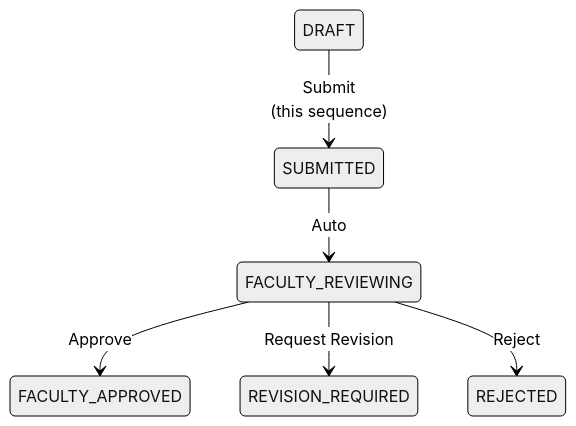
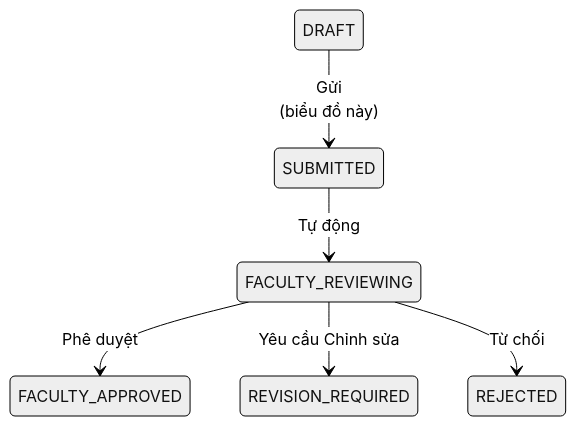
Before and after one commit to Ng0cTh4nhk5/ufpms-docs: the second of 2 diagrams in docs/06_Diagrams/Sequence/seq_submit_for_review.md, drawn with Mermaid (neutral theme). The commit also changed other lines of this file and 70 other files, not shown here.

````diff
--- a/docs/06_Diagrams/Sequence/seq_submit_for_review.md
+++ b/docs/06_Diagrams/Sequence/seq_submit_for_review.md
@@ -304,8 +304,8 @@
 ```mermaid
 stateDiagram-v2
-    DRAFT --> SUBMITTED: Submit<br/>(this sequence)
-    SUBMITTED --> FACULTY_REVIEWING: Auto
-    FACULTY_REVIEWING --> FACULTY_APPROVED: Approve
-    FACULTY_REVIEWING --> REVISION_REQUIRED: Request Revision
-    FACULTY_REVIEWING --> REJECTED: Reject
+    DRAFT --> SUBMITTED: Gửi<br/>(biểu đồ này)
+    SUBMITTED --> FACULTY_REVIEWING: Tự động
+    FACULTY_REVIEWING --> FACULTY_APPROVED: Phê duyệt
+    FACULTY_REVIEWING --> REVISION_REQUIRED: Yêu cầu Chỉnh sửa
+    FACULTY_REVIEWING --> REJECTED: Từ chối
 ```
````
